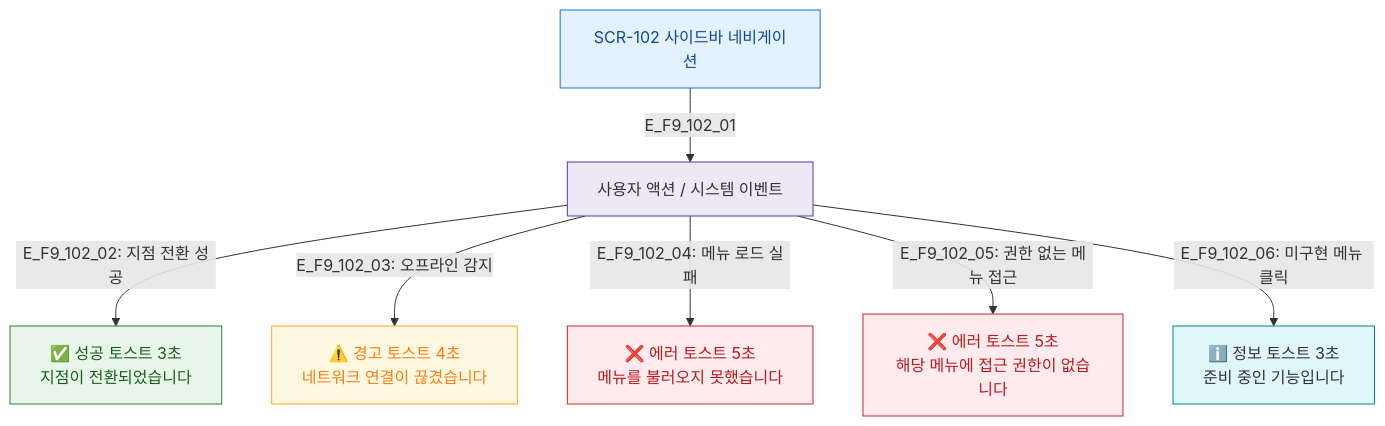
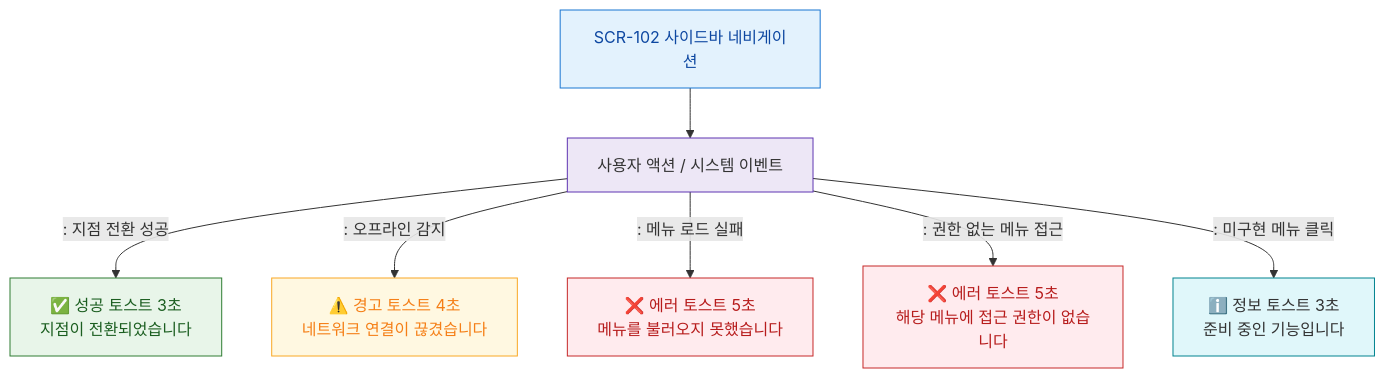
Before and after one commit to dev-spogym/admin-pando: the diagram in docs/다이어그램/D01_공통/SCR-102_사이드바_네비게이션/F9_토스트.md, drawn with Mermaid. The commit also changed other lines of this file and 1660 other files, not shown here.

First line of the commit message:
다이어그램: 기획자/클라이언트 납품본으로 정리

````diff
--- a/docs/다이어그램/D01_공통/SCR-102_사이드바_네비게이션/F9_토스트.md
+++ b/docs/다이어그램/D01_공통/SCR-102_사이드바_네비게이션/F9_토스트.md
@@ -19,26 +17,26 @@
 ```mermaid
 flowchart TD
-    SCR_102[SCR-102 사이드바 네비게이션] -->|E_F9_102_01| ACTIONS[사용자 액션 / 시스템 이벤트]
+    SCR_102[SCR-102 사이드바 네비게이션] --> ACTIONS[사용자 액션 / 시스템 이벤트]
 
-    ACTIONS -->|"E_F9_102_02: 지점 전환 성공"| T_SUCCESS_1[✅ 성공 토스트 3초\n지점이 전환되었습니다]
+    ACTIONS -->|": 지점 전환 성공"|T_SUCCESS_1[✅ 성공 토스트 3초\n지점이 전환되었습니다]
 
-    ACTIONS -->|"E_F9_102_03: 오프라인 감지"| T_WARN_1[⚠️ 경고 토스트 4초\n네트워크 연결이 끊겼습니다]
+    ACTIONS -->|": 오프라인 감지"|T_WARN_1[⚠️ 경고 토스트 4초\n네트워크 연결이 끊겼습니다]
 
-    ACTIONS -->|"E_F9_102_04: 메뉴 로드 실패"| T_ERR_1[❌ 에러 토스트 5초\n메뉴를 불러오지 못했습니다]
-    ACTIONS -->|"E_F9_102_05: 권한 없는 메뉴 접근"| T_ERR_2[❌ 에러 토스트 5초\n해당 메뉴에 접근 권한이 없습니다]
+    ACTIONS -->|": 메뉴 로드 실패"|T_ERR_1[❌ 에러 토스트 5초\n메뉴를 불러오지 못했습니다]
+    ACTIONS -->|": 권한 없는 메뉴 접근"|T_ERR_2[❌ 에러 토스트 5초\n해당 메뉴에 접근 권한이 없습니다]
 
-    ACTIONS -->|"E_F9_102_06: 미구현 메뉴 클릭"| T_INFO_1[ℹ️ 정보 토스트 3초\n준비 중인 기능입니다]
+    ACTIONS -->|": 미구현 메뉴 클릭"|T_INFO_1[ℹ️ 정보 토스트 3초\n준비 중인 기능입니다]
 
     classDef success fill:#E8F5E9,stroke:#2E7D32,color:#1B5E20
     classDef warning fill:#FFF8E1,stroke:#F9A825,color:#F57F17
-    classDef error   fill:#FFEBEE,stroke:#C62828,color:#B71C1C
-    classDef info    fill:#E0F7FA,stroke:#00838F
-    classDef screen  fill:#E3F2FD,stroke:#1976D2,color:#0D47A1
-    classDef system  fill:#EDE7F6,stroke:#5E35B2
+    classDef error fill:#FFEBEE,stroke:#C62828,color:#B71C1C
+    classDef info fill:#E0F7FA,stroke:#00838F
+    classDef screen fill:#E3F2FD,stroke:#1976D2,color:#0D47A1
+    classDef system fill:#EDE7F6,stroke:#5E35B2
     class T_SUCCESS_1 success
     class T_WARN_1 warning
     class T_ERR_1,T_ERR_2 error
     class T_INFO_1 info
     class SCR_102 screen
     class ACTIONS system
 ```
````
